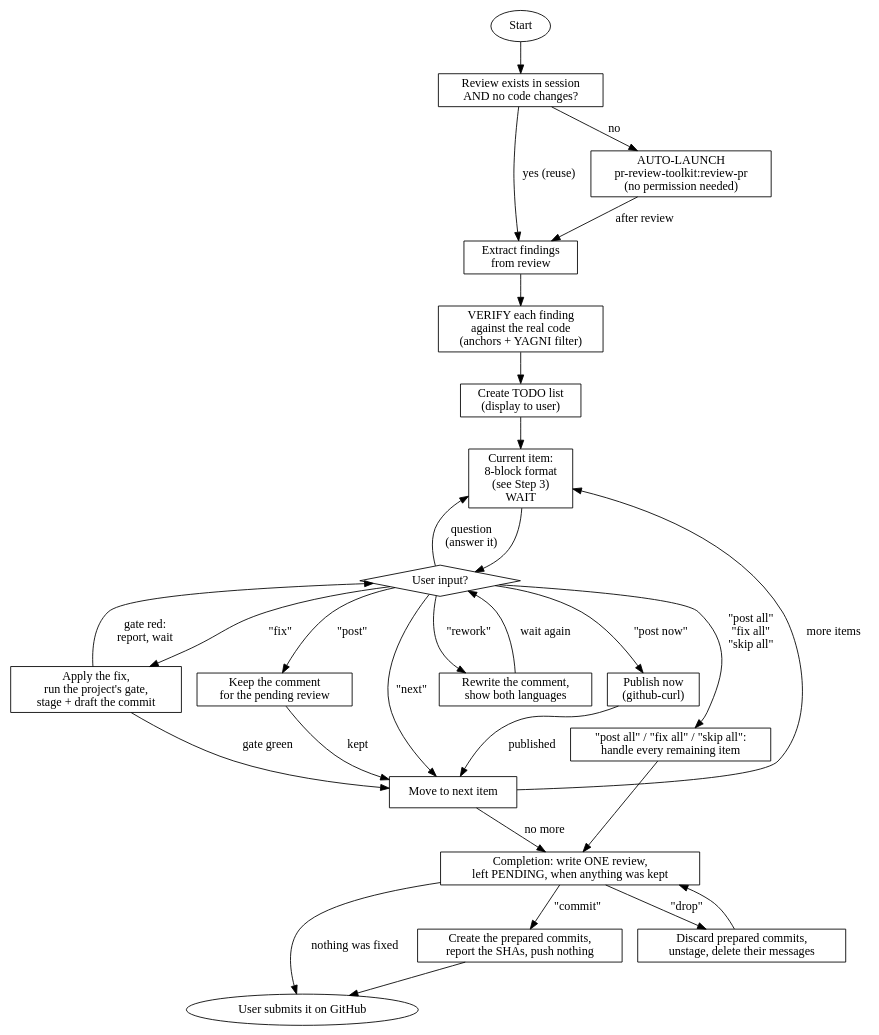
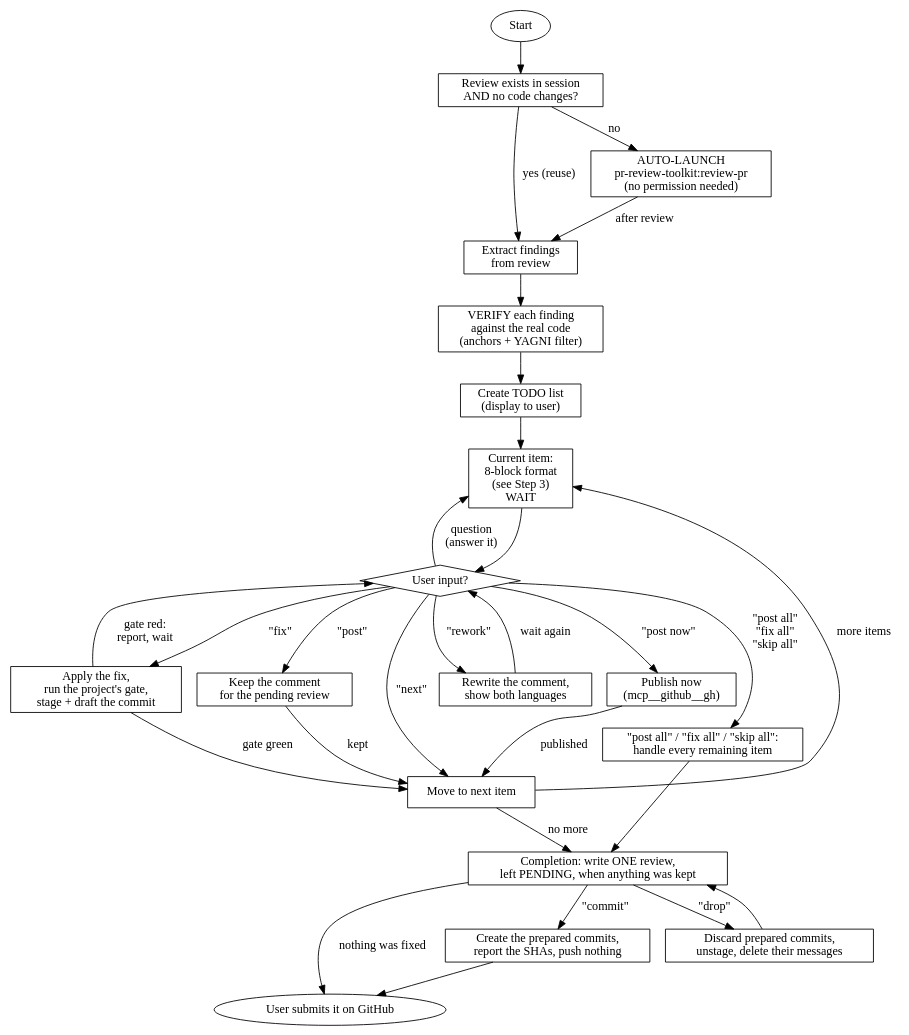
One commit to LounisBou/claude-review changed the diagram in skills/start-review/SKILL.md. Above: the diagram before and after it, drawn with Graphviz. The commit also changed other lines of this file and 24 other files, not shown here.

````diff
--- a/skills/start-review/SKILL.md
+++ b/skills/start-review/SKILL.md
@@ -66,54 +98,54 @@
 ```dot
 digraph start_review {
     rankdir=TB;
     node [shape=box];
 
     start [label="Start" shape=ellipse];
     check_review [label="Review exists in session\nAND no code changes?"];
     auto_launch [label="AUTO-LAUNCH\npr-review-toolkit:review-pr\n(no permission needed)"];
     extract [label="Extract findings\nfrom review"];
     verify [label="VERIFY each finding\nagainst the real code\n(anchors + YAGNI filter)"];
     create_todo [label="Create TODO list\n(display to user)"];
     current [label="Current item:\n8-block format\n(see Step 3)\nWAIT"];
     user_input [label="User input?" shape=diamond];
     apply_fix [label="Apply the fix,\nrun the project's gate,\nstage + draft the commit"];
     rework [label="Rewrite the comment,\nshow both languages"];
     post [label="Keep the comment\nfor the pending review"];
-    post_now [label="Publish now\n(github-curl)"];
+    post_now [label="Publish now\n(mcp__github__gh)"];
     batch [label="\"post all\" / \"fix all\" / \"skip all\":\nhandle every remaining item"];
     next_item [label="Move to next item"];
     completion [label="Completion: write ONE review,\nleft PENDING, when anything was kept"];
     commit_cmd [label="Create the prepared commits,\nreport the SHAs, push nothing"];
     drop_cmd [label="Discard prepared commits,\nunstage, delete their messages"];
     done [label="User submits it on GitHub" shape=ellipse];
 
     start -> check_review;
     check_review -> extract [label="yes (reuse)"];
     check_review -> auto_launch [label="no"];
     auto_launch -> extract [label="after review"];
     extract -> verify;
     verify -> create_todo;
     create_todo -> current;
     current -> user_input;
     user_input -> apply_fix [label="\"fix\""];
     user_input -> post [label="\"post\""];
     user_input -> post_now [label="\"post now\""];
     user_input -> rework [label="\"rework\""];
     user_input -> batch [label="\"post all\"\n\"fix all\"\n\"skip all\""];
     user_input -> next_item [label="\"next\""];
     user_input -> current [label="question\n(answer it)"];
     apply_fix -> user_input [label="gate red:\nreport, wait"];
     apply_fix -> next_item [label="gate green"];
     post -> next_item [label="kept"];
     post_now -> next_item [label="published"];
     rework -> user_input [label="wait again"];
     batch -> completion;
     next_item -> current [label="more items"];
     next_item -> completion [label="no more"];
     completion -> commit_cmd [label="\"commit\""];
     completion -> drop_cmd [label="\"drop\""];
     completion -> done [label="nothing was fixed"];
     commit_cmd -> done;
     drop_cmd -> completion;
 }
 ```
````
